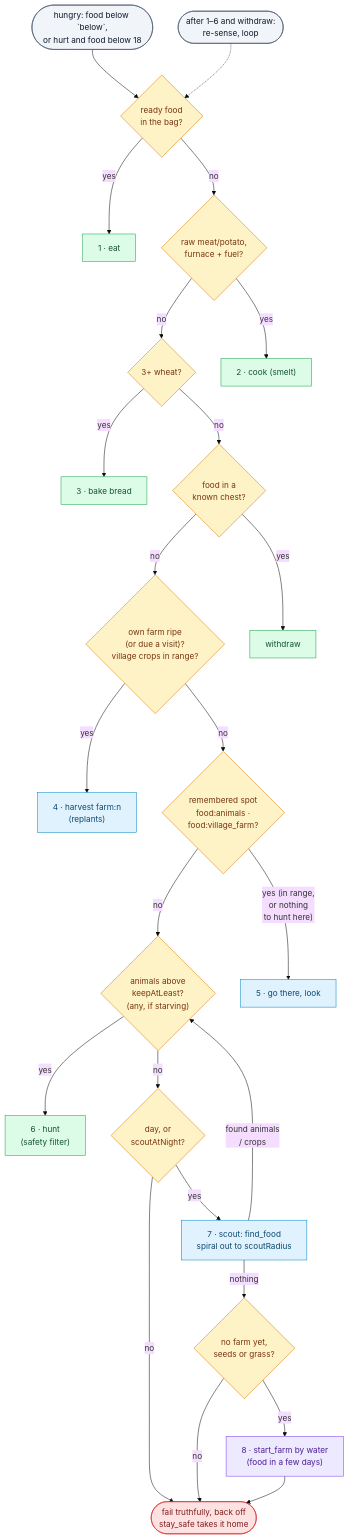
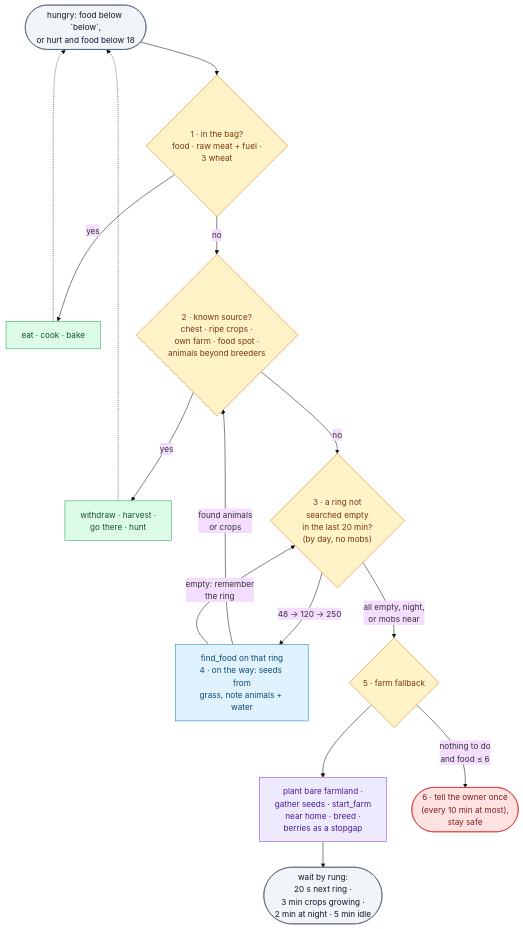
One commit to thereisnotime/golemkit changed the fourth of 4 diagrams in docs/guide/behaviors.md. Above: the diagram before and after it, drawn with Mermaid (base theme). The commit also changed other lines of this file and 3 other files, not shown here.

Commit message:
Docs and spec for the keep_fed food ladder

````diff
--- a/docs/guide/behaviors.md
+++ b/docs/guide/behaviors.md
@@ -442,39 +449,31 @@
 ```mermaid
 flowchart TB
-  H(["hungry: food below `below`,<br/>or hurt and food below 18"]) --> E{"ready food<br/>in the bag?"}
-  E -- yes --> EAT["1 · eat"]
-  E -- no --> C{"raw meat/potato,<br/>furnace + fuel?"}
-  C -- no --> B{"3+ wheat?"}
-  C -- yes --> COOK["2 · cook (smelt)"]
-  B -- yes --> BREAD["3 · bake bread"]
-  B -- no --> CH{"food in a<br/>known chest?"}
-  CH -- no --> F{"own farm ripe<br/>(or due a visit)?<br/>village crops in range?"}
-  CH -- yes --> WD["withdraw"]
-  F -- yes --> FARM["4 · harvest farm:n<br/>(replants)"]
-  F -- no --> SP{"remembered spot<br/>food:animals ·<br/>food:village_farm?"}
-  SP -- no --> HU{"animals above<br/>keepAtLeast?<br/>(any, if starving)"}
-  SP -- "yes (in range,<br/>or nothing<br/>to hunt here)" --> SPOT["5 · go there, look"]
-  HU -- yes --> HUNT["6 · hunt<br/>(safety filter)"]
-  HU -- no --> N{"day, or<br/>scoutAtNight?"}
-  N -- no --> BACK(["fail truthfully, back off<br/>stay_safe takes it home"])
-  N -- yes --> SC["7 · scout: find_food<br/>spiral out to scoutRadius"]
-  SC -- "found animals<br/>/ crops" --> HU
-  SC -- "nothing" --> SF{"no farm yet,<br/>seeds or grass?"}
-  SF -- yes --> START["8 · start_farm by water<br/>(food in a few days)"]
-  SF -- no --> BACK
-  START --> BACK
-  LOOP(["after 1–6 and withdraw:<br/>re-sense, loop"]) -.-> E
+  H(["hungry: food below `below`,<br/>or hurt and food below 18"]) --> R1
+  R1{"1 · in the bag?<br/>food · raw meat + fuel ·<br/>3 wheat"}
+  R1 -- yes --> EAT["eat · cook · bake"]
+  R1 -- no --> R2{"2 · known source?<br/>chest · ripe crops ·<br/>own farm · food spot ·<br/>animals beyond breeders"}
+  R2 -- yes --> KNOWN["withdraw · harvest ·<br/>go there · hunt"]
+  R2 -- no --> R3{"3 · a ring not<br/>searched empty<br/>in the last 20 min?<br/>(by day, no mobs)"}
+  R3 -- "48 → 120 → 250" --> SC["find_food on that ring<br/>4 · on the way: seeds from<br/>grass, note animals + water"]
+  SC -- "found animals<br/>or crops" --> R2
+  SC -- "empty: remember<br/>the ring" --> R3
+  R3 -- "all empty, night,<br/>or mobs near" --> R5{"5 · farm fallback"}
+  R5 --> FARM["plant bare farmland ·<br/>gather seeds · start_farm<br/>near home · breed ·<br/>berries as a stopgap"]
+  FARM --> W(["wait by rung:<br/>20 s next ring ·<br/>3 min crops growing ·<br/>2 min at night · 5 min idle"])
+  R5 -- "nothing to do<br/>and food ≤ 6" --> REP(["6 · tell the owner once<br/>(every 10 min at most),<br/>stay safe"])
+  EAT -.-> H
+  KNOWN -.-> H
 
   classDef trig fill:#f1f5f9,stroke:#475569,color:#0f172a
   classDef ask fill:#fef3c7,stroke:#d97706,color:#78350f
   classDef near fill:#dcfce7,stroke:#16a34a,color:#14532d
   classDef far fill:#e0f2fe,stroke:#0284c7,color:#0c4a6e
   classDef grow fill:#ede9fe,stroke:#7c3aed,color:#4c1d95
   classDef stop fill:#fee2e2,stroke:#dc2626,color:#7f1d1d
-  class H,LOOP trig
-  class E,C,B,CH,F,SP,HU,N,SF ask
-  class EAT,COOK,BREAD,WD,HUNT near
-  class FARM,SPOT,SC far
-  class START grow
-  class BACK stop
+  class H,W trig
+  class R1,R2,R3,R5 ask
+  class EAT,KNOWN near
+  class SC far
+  class FARM grow
+  class REP stop
 ```
````
